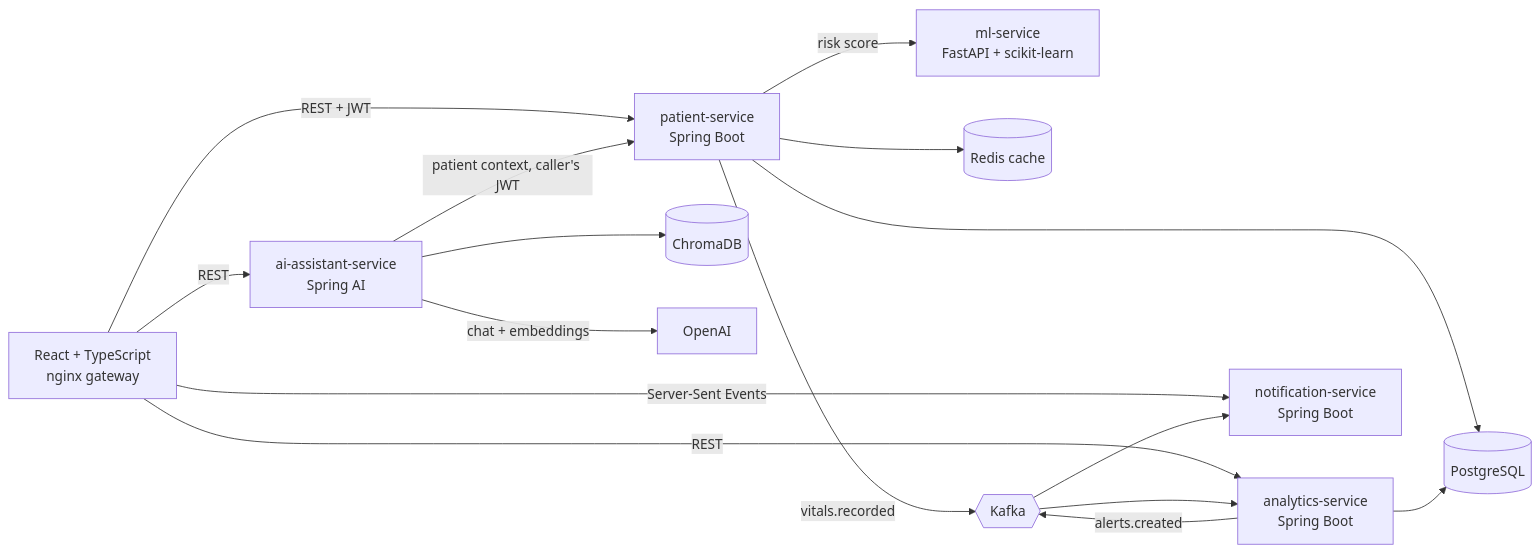
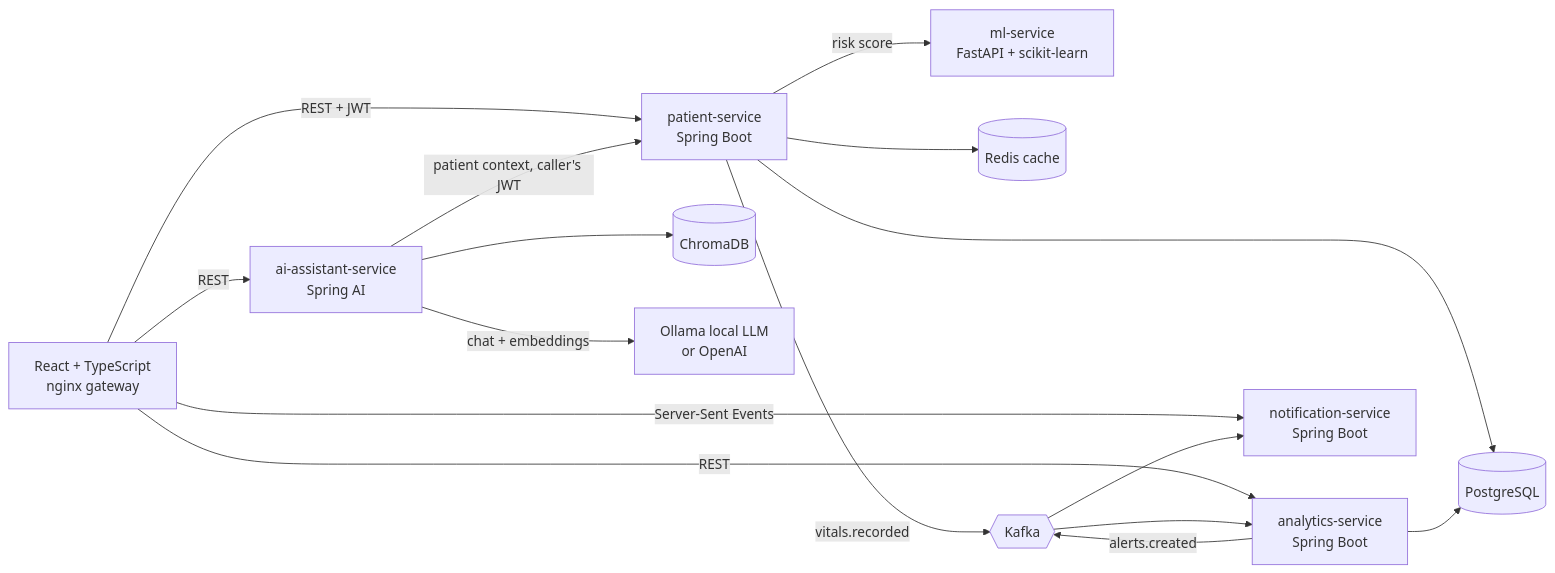
Before and after one commit to NickPro97/healthcare-analytics-platform: the diagram in README.md, drawn with Mermaid. The commit also changed other lines of this file and 9 other files, not shown here.

Commit message:
feat: free local AI by default - Ollama (llama3.2 + nomic-embed-text), OpenAI optional

````diff
--- a/README.md
+++ b/README.md
@@ -11,18 +11,18 @@
 ```mermaid
 flowchart LR
   UI[React + TypeScript<br/>nginx gateway] -->|REST + JWT| PS[patient-service<br/>Spring Boot]
   UI -->|REST| AS[analytics-service<br/>Spring Boot]
   UI -->|Server-Sent Events| NS[notification-service<br/>Spring Boot]
   UI -->|REST| AI[ai-assistant-service<br/>Spring AI]
   PS --> PG[(PostgreSQL)]
   PS -->|risk score| ML[ml-service<br/>FastAPI + scikit-learn]
   PS --> RD[(Redis cache)]
   PS -->|vitals.recorded| K{{Kafka}}
   K --> AS
   AS --> PG
   AS -->|alerts.created| K
   K --> NS
   AI --> CH[(ChromaDB)]
-  AI -->|chat + embeddings| OA[OpenAI]
+  AI -->|chat + embeddings| OL[Ollama local LLM<br/>or OpenAI]
   AI -->|patient context, caller's JWT| PS
 ```
````
